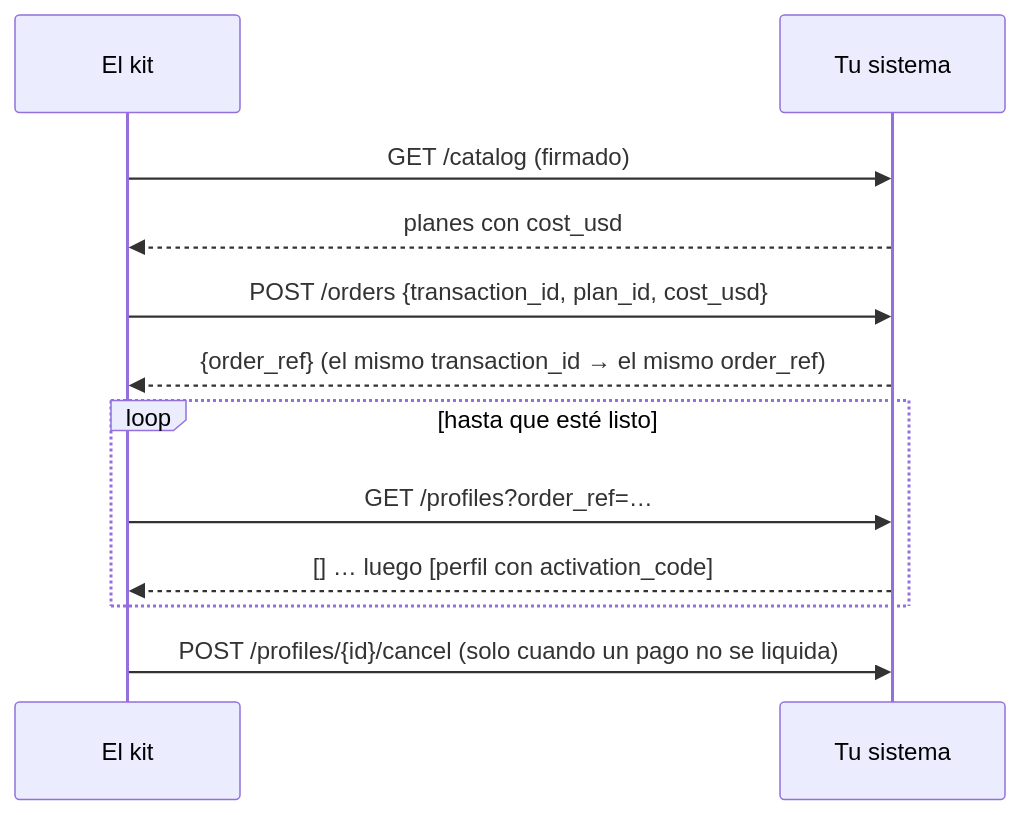
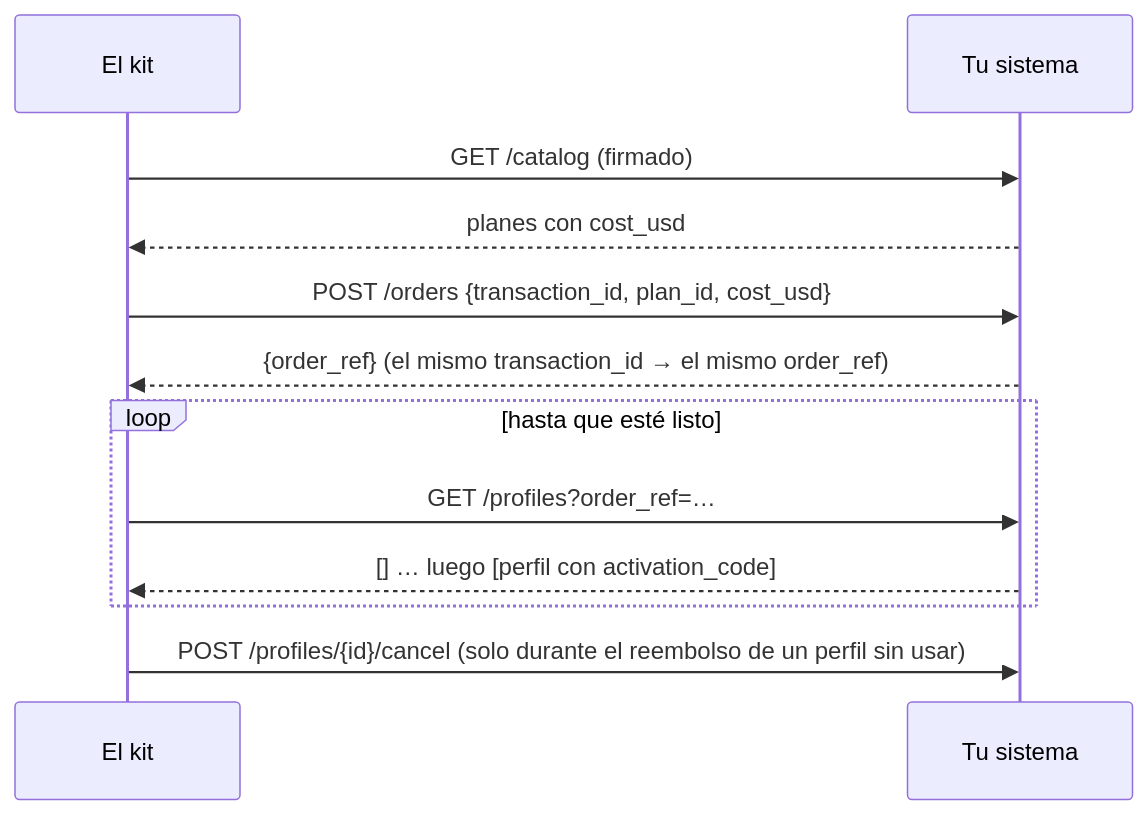
Before and after one commit to alexar76/esim-operator-kit: the diagram in docs/es/sdk.md, drawn with Mermaid. The commit also changed other lines of this file and 65 other files, not shown here.

````diff
--- a/docs/es/sdk.md
+++ b/docs/es/sdk.md
@@ -100,14 +100,14 @@
 ```mermaid
 sequenceDiagram
   participant K as El kit
   participant Y as Tu sistema
   K->>Y: GET /catalog (firmado)
   Y-->>K: planes con cost_usd
   K->>Y: POST /orders {transaction_id, plan_id, cost_usd}
   Y-->>K: {order_ref}   (el mismo transaction_id → el mismo order_ref)
   loop hasta que esté listo
     K->>Y: GET /profiles?order_ref=…
     Y-->>K: [] … luego [perfil con activation_code]
   end
-  K->>Y: POST /profiles/{id}/cancel   (solo cuando un pago no se liquida)
+  K->>Y: POST /profiles/{id}/cancel   (solo durante el reembolso de un perfil sin usar)
 ```
````
